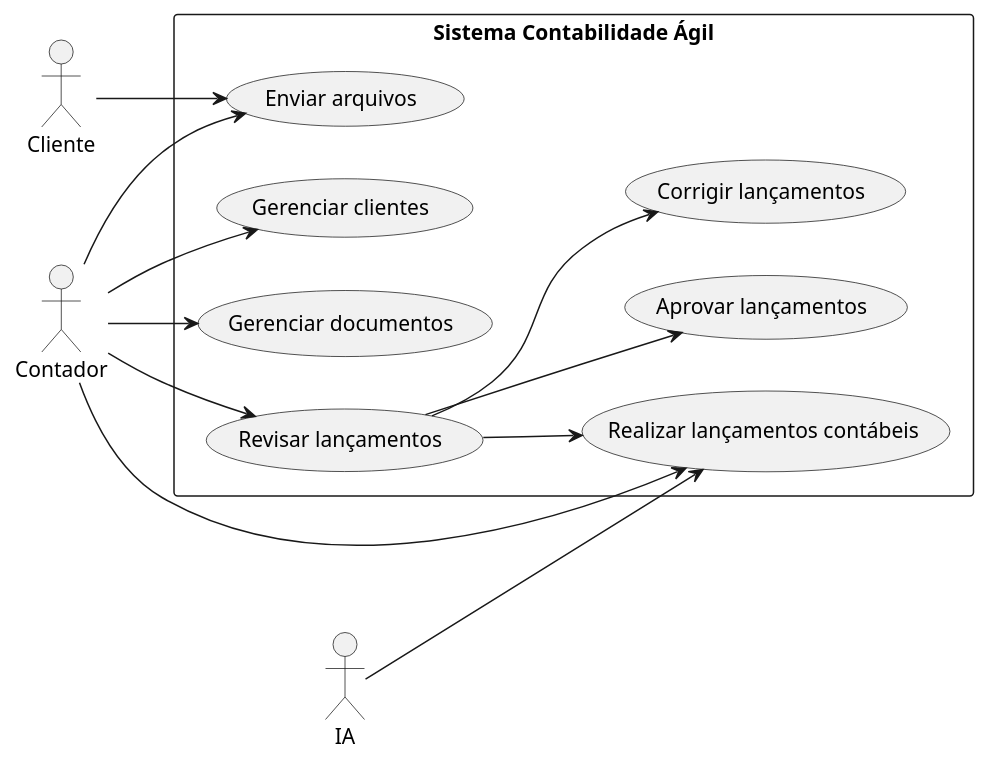
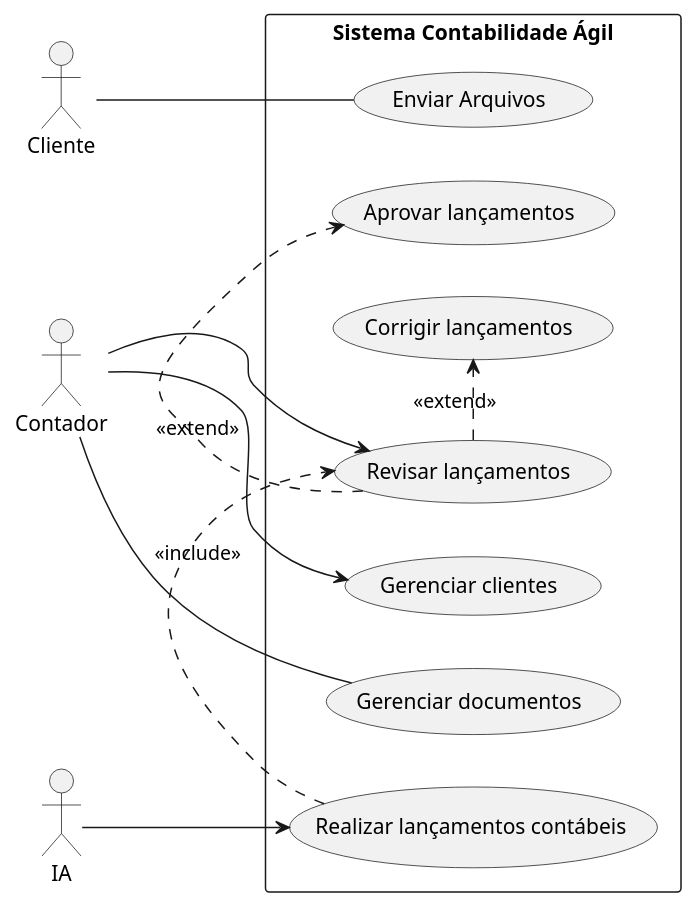
Before and after one commit to Engenharia-de-Software-Fatec/eng-softII-2026: the diagram in docs/diagramas/caso-de-uso.puml, drawn with PlantUML.

Commit message:
Refactor use case diagram for accounting system

```diff
--- a/docs/diagramas/caso-de-uso.puml
+++ b/docs/diagramas/caso-de-uso.puml
@@ -1,32 +1,24 @@
 @startuml
 left to right direction
-skinparam packageStyle rectangle
 
 actor Cliente
 actor Contador
 actor IA
 
 rectangle "Sistema Contabilidade Ágil" {
 
-  (Enviar arquivos) as Upload
-  (Gerenciar clientes) as Clientes
-  (Gerenciar documentos) as ManageDocs
-  (Realizar lançamentos contábeis) as Lançamentos
-  (Revisar lançamentos) as Review
-  (Aprovar lançamentos) as Aprove
-  (Corrigir lançamentos) as toCorrect
+  Cliente -- (Enviar Arquivos)
+
+  Contador --> (Gerenciar clientes)
+  Contador -- (Gerenciar documentos)
+  Contador --> (Revisar lançamentos)
+
+  IA --> (Realizar lançamentos contábeis)
+
+  (Revisar lançamentos) .> (Aprovar lançamentos) : <<extend>>
+  (Revisar lançamentos) .> (Corrigir lançamentos) : <<extend>>
+
+  (Realizar lançamentos contábeis) .> (Revisar lançamentos) : <<include>>
 }
 
-Cliente --> Upload
-Contador --> Upload
-Contador --> Clientes
-Contador --> ManageDocs
-Contador --> Lançamentos
-Contador --> Review
-IA --> Lançamentos
-
-Review --> Aprove
-Review --> toCorrect
-Review --> Lançamentos
-
 @enduml
```
